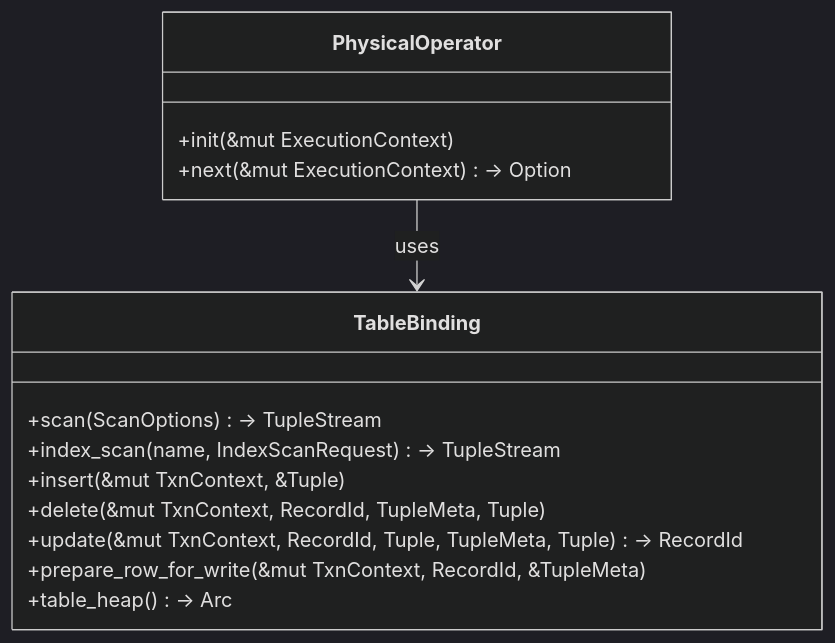
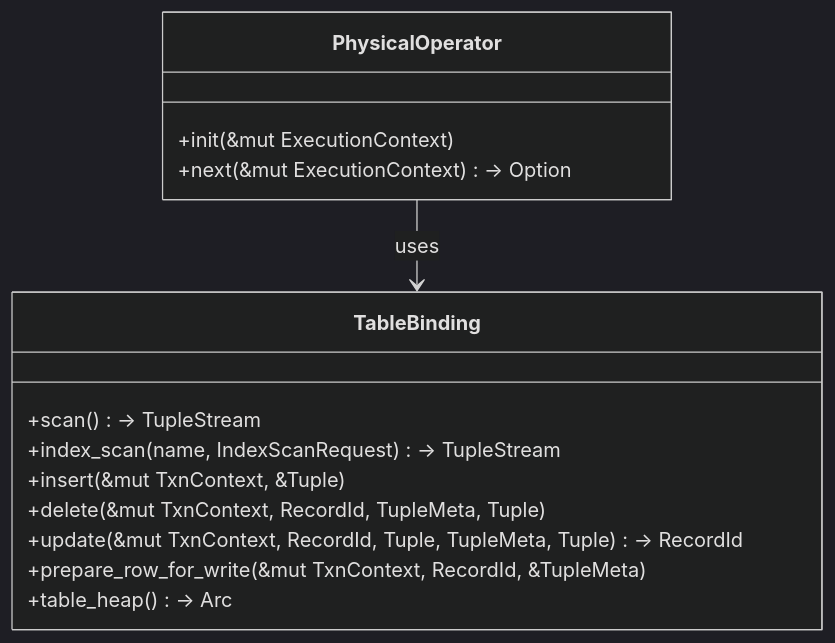
Before and after one commit to feichai0017/QuillSQL: the fourth of 6 diagrams in docs/src/architecture.md, drawn with Mermaid (dark theme). The commit also changed 19 other files, not shown here.

````diff
--- a/docs/src/architecture.md
+++ b/docs/src/architecture.md
@@ -137,19 +137,19 @@
 ```mermaid
 classDiagram
     class TableBinding {
-        +scan(ScanOptions) -> TupleStream
+        +scan() -> TupleStream
         +index_scan(name, IndexScanRequest) -> TupleStream
         +insert(&mut TxnContext, &Tuple)
         +delete(&mut TxnContext, RecordId, TupleMeta, Tuple)
         +update(&mut TxnContext, RecordId, Tuple, TupleMeta, Tuple) -> RecordId
         +prepare_row_for_write(&mut TxnContext, RecordId, &TupleMeta)
         +table_heap() -> Arc<TableHeap>
     }
 
     class PhysicalOperator {
         +init(&mut ExecutionContext)
         +next(&mut ExecutionContext) -> Option<Tuple>
     }
 
     PhysicalOperator --> TableBinding : uses
 ```
````
